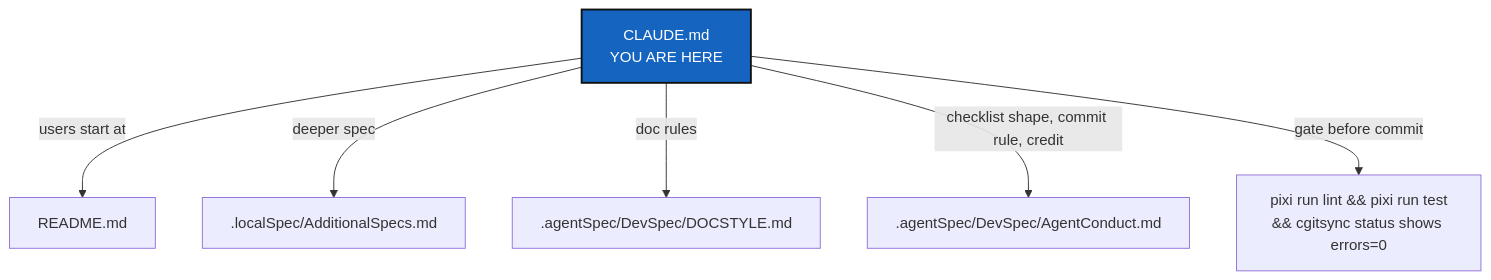
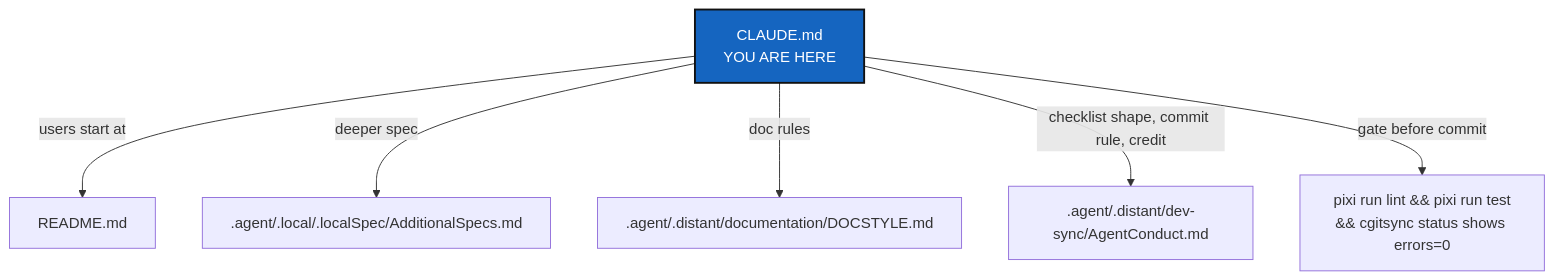
The diagram in CLAUDE.md (flipoyo/.claude), drawn with Mermaid before and after one commit. The commit also changed other lines of this file and 1 other file, not shown here.

````diff
--- a/CLAUDE.md
+++ b/CLAUDE.md
@@ -30,11 +31,11 @@
 ```mermaid
 graph TD
     CLAUDE["CLAUDE.md<br/>YOU ARE HERE"] -->|users start at| README["README.md"]
-    CLAUDE -->|deeper spec| SPEC[".localSpec/AdditionalSpecs.md"]
-    CLAUDE -->|doc rules| STYLE[".agentSpec/DevSpec/DOCSTYLE.md"]
-    CLAUDE -->|checklist shape, commit rule, credit| CONDUCT[".agentSpec/DevSpec/AgentConduct.md"]
+    CLAUDE -->|deeper spec| SPEC[".agent/.local/.localSpec/AdditionalSpecs.md"]
+    CLAUDE -->|doc rules| STYLE[".agent/.distant/documentation/DOCSTYLE.md"]
+    CLAUDE -->|checklist shape, commit rule, credit| CONDUCT[".agent/.distant/dev-sync/AgentConduct.md"]
     CLAUDE -->|gate before commit| CI["pixi run lint && pixi run test<br/>&& cgitsync status shows errors=0"]
 
     classDef here fill:#1565C0,color:#fff,stroke:#111,stroke-width:2px;
     class CLAUDE here;
 ```
````
